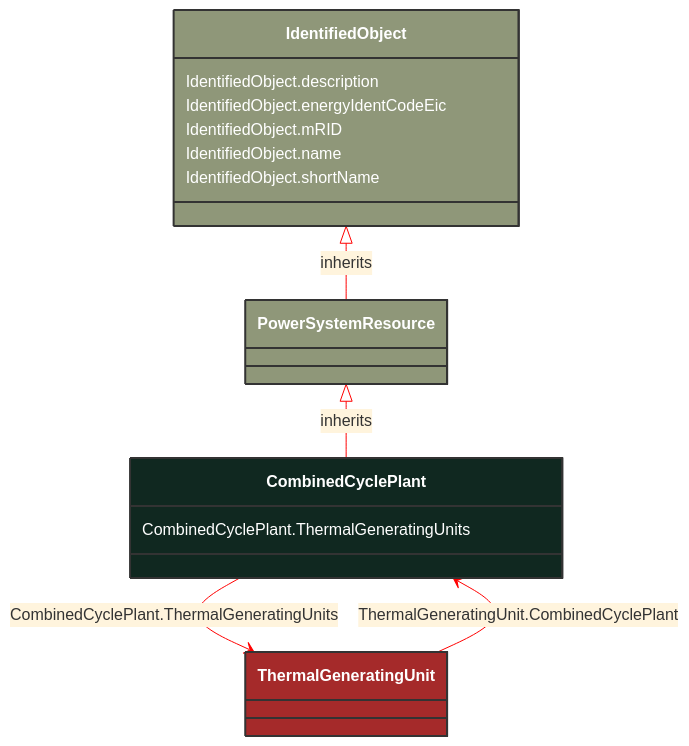
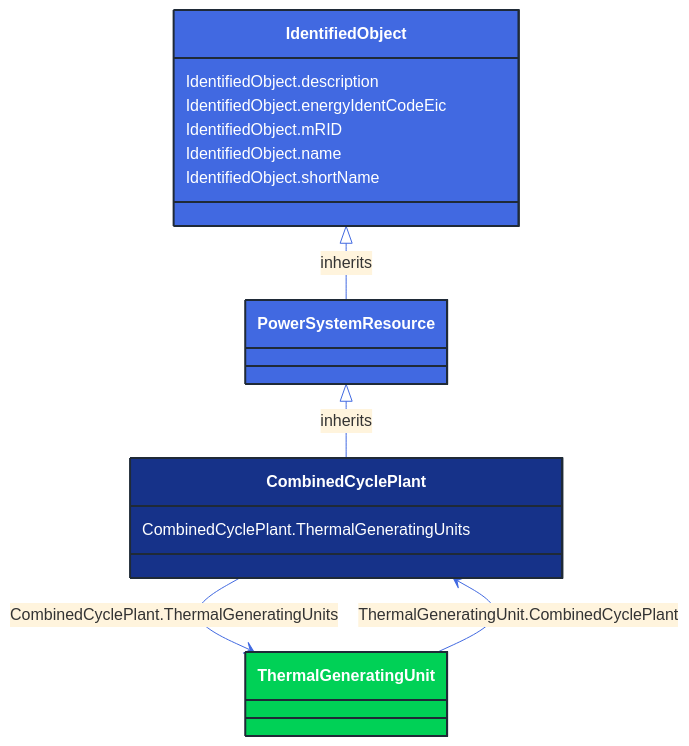
One commit to 3lbits/NoCIMExtensions changed the diagram in docs/Models/Profiles/CoreEquipment/ConcreteClasses/CombinedCyclePlant.md. Above: the diagram before and after it, drawn with Mermaid. The commit also changed 362 other files, not shown here.

First line of the commit message:
Update diagrams and styles for improved visual consistency

````diff
--- a/docs/Models/Profiles/CoreEquipment/ConcreteClasses/CombinedCyclePlant.md
+++ b/docs/Models/Profiles/CoreEquipment/ConcreteClasses/CombinedCyclePlant.md
@@ -8,35 +8,35 @@
 ```mermaid
-%%{init: {'theme':'base','themeVariables': {'lineColor': '#FF0000'}}}%%
+%%{init: {'theme':'base','themeVariables': {'lineColor': '#4169E1'}}}%%
 classDiagram
     class CombinedCyclePlant
     click CombinedCyclePlant href "/Models/Profiles/CoreEquipment/ConcreteClasses/CombinedCyclePlant/"
-    style CombinedCyclePlant fill:#102820,stroke:#333,stroke-width:2px,rx:10,ry:10,color:white
+    style CombinedCyclePlant fill:#163289,stroke:#1F2A37,stroke-width:2px,rx:10,ry:10,color:white
      
         PowerSystemResource <|-- CombinedCyclePlant : inherits
             click PowerSystemResource href "/Models/Profiles/CoreEquipment/AbstractClasses/PowerSystemResource/"
-            style PowerSystemResource fill:#8F9779,stroke:#333,stroke-width:2px,rx:10,ry:10,color:white
+            style PowerSystemResource fill:#4169E1,stroke:#1F2A37,stroke-width:2px,rx:10,ry:10,color:white
      
         IdentifiedObject <|-- PowerSystemResource : inherits
             click IdentifiedObject href "/Models/Profiles/CoreEquipment/AbstractClasses/IdentifiedObject/"
-            style IdentifiedObject fill:#8F9779,stroke:#333,stroke-width:2px,rx:10,ry:10,color:white
+            style IdentifiedObject fill:#4169E1,stroke:#1F2A37,stroke-width:2px,rx:10,ry:10,color:white
 
         CombinedCyclePlant --> ThermalGeneratingUnit : CombinedCyclePlant.ThermalGeneratingUnits
 
         ThermalGeneratingUnit
             click ThermalGeneratingUnit href "/Models/Profiles/CoreEquipment/ConcreteClasses/ThermalGeneratingUnit/"
-            style ThermalGeneratingUnit fill:#A52A2A,stroke:#333,stroke-width:2px,rx:10,ry:10,color:white
+            style ThermalGeneratingUnit fill:#00D156,stroke:#1F2A37,stroke-width:2px,rx:10,ry:10,color:white
 
         ThermalGeneratingUnit --> CombinedCyclePlant : ThermalGeneratingUnit.CombinedCyclePlant
 
         ThermalGeneratingUnit
             click ThermalGeneratingUnit href "/Models/Profiles/CoreEquipment/ConcreteClasses/ThermalGeneratingUnit/"
-            style ThermalGeneratingUnit fill:#A52A2A,stroke:#333,stroke-width:2px,rx:10,ry:10,color:white
+            style ThermalGeneratingUnit fill:#00D156,stroke:#1F2A37,stroke-width:2px,rx:10,ry:10,color:white
 
 
         CombinedCyclePlant : CombinedCyclePlant.ThermalGeneratingUnits
         IdentifiedObject : IdentifiedObject.description
         IdentifiedObject : IdentifiedObject.energyIdentCodeEic
         IdentifiedObject : IdentifiedObject.mRID
         IdentifiedObject : IdentifiedObject.name
         IdentifiedObject : IdentifiedObject.shortName
 ```
````
